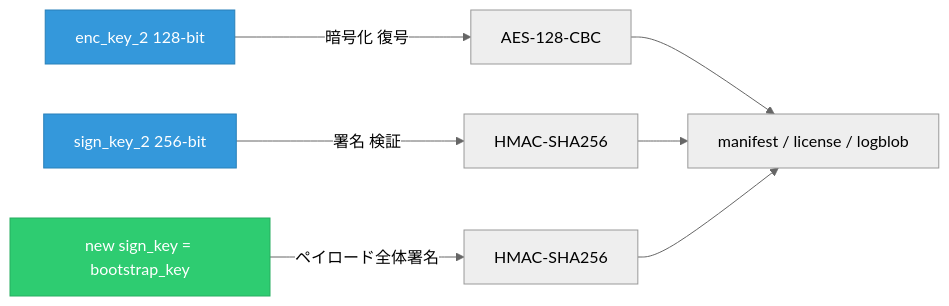
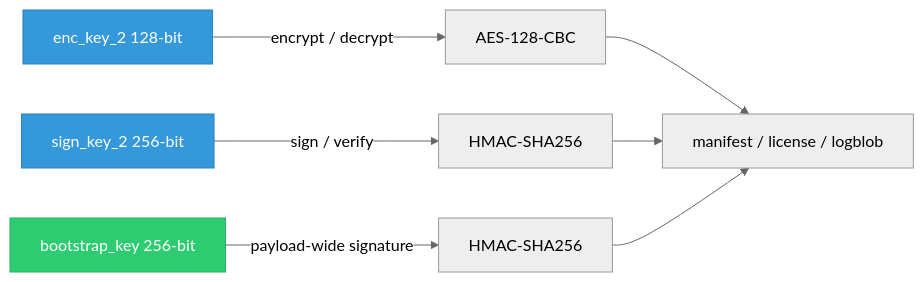
One commit to qtmleap/revkit changed the sixth of 9 diagrams in docs/spec/msl_key_relationship.md. Above: the diagram before and after it, drawn with Mermaid (neutral theme). The commit also changed other lines of this file, not shown here.

First line of the commit message:
docs(spec): Mermaid 図のラベルを全て英語に変更

````diff
--- a/docs/spec/msl_key_relationship.md
+++ b/docs/spec/msl_key_relationship.md
@@ -122,13 +122,13 @@
 ```mermaid
 graph LR
-    ENC2["enc_key_2 128-bit"] -->|暗号化 復号| MSL_ENC["AES-128-CBC"]
-    SIGN2["sign_key_2 256-bit"] -->|署名 検証| MSL_SIGN["HMAC-SHA256"]
-    NEW_SIGN["new sign_key = bootstrap_key"] -->|ペイロード全体署名| MSL_SIGN2["HMAC-SHA256"]
+    ENC2["enc_key_2 128-bit"] -->|encrypt / decrypt| MSL_ENC["AES-128-CBC"]
+    SIGN2["sign_key_2 256-bit"] -->|sign / verify| MSL_SIGN["HMAC-SHA256"]
+    NEW_SIGN["bootstrap_key 256-bit"] -->|payload-wide signature| MSL_SIGN2["HMAC-SHA256"]
     MSL_ENC --> PAYLOAD["manifest / license / logblob"]
     MSL_SIGN --> PAYLOAD
     MSL_SIGN2 --> PAYLOAD
 
     style ENC2 fill:#3498db,stroke:#2980b9,color:#fff
     style SIGN2 fill:#3498db,stroke:#2980b9,color:#fff
     style NEW_SIGN fill:#2ecc71,stroke:#27ae60,color:#fff
 ```
````
